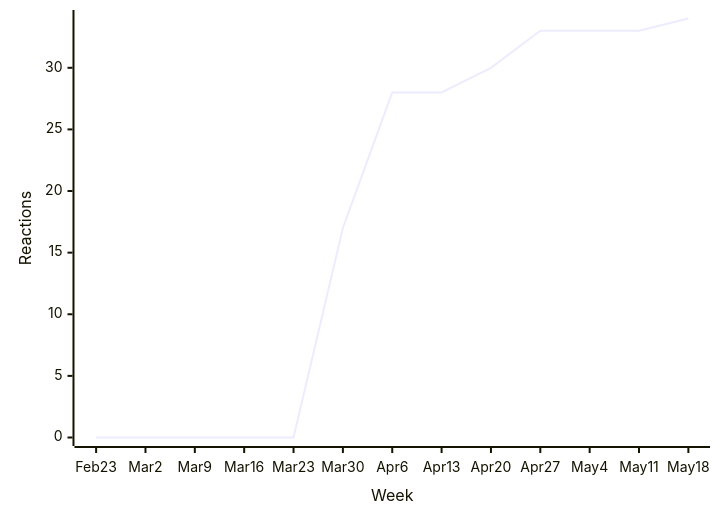
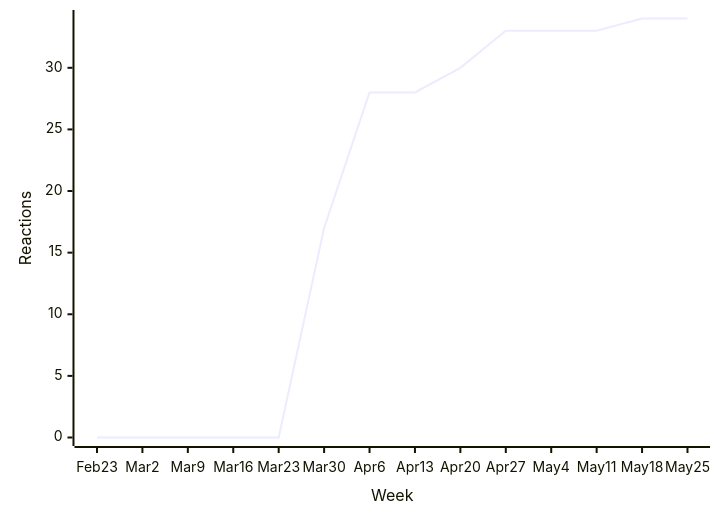
One commit to loic-sharma/github-insights changed the first of 49 diagrams in README.md. Above: the diagram before and after it, drawn with Mermaid. The commit also changed other lines of this file and 3 other files, not shown here.

````diff
--- a/README.md
+++ b/README.md
@@ -339,6 +339,6 @@
   ```mermaid
   xychart-beta
-    x-axis "Week" [Feb 23, Mar 2, Mar 9, Mar 16, Mar 23, Mar 30, Apr 6, Apr 13, Apr 20, Apr 27, May 4, May 11, May 18]
+    x-axis "Week" [Feb 23, Mar 2, Mar 9, Mar 16, Mar 23, Mar 30, Apr 6, Apr 13, Apr 20, Apr 27, May 4, May 11, May 18, May 25]
     y-axis "Reactions"
-    line [0, 0, 0, 0, 0, 17, 28, 28, 30, 33, 33, 33, 34]
+    line [0, 0, 0, 0, 0, 17, 28, 28, 30, 33, 33, 33, 34, 34]
   ```
````
